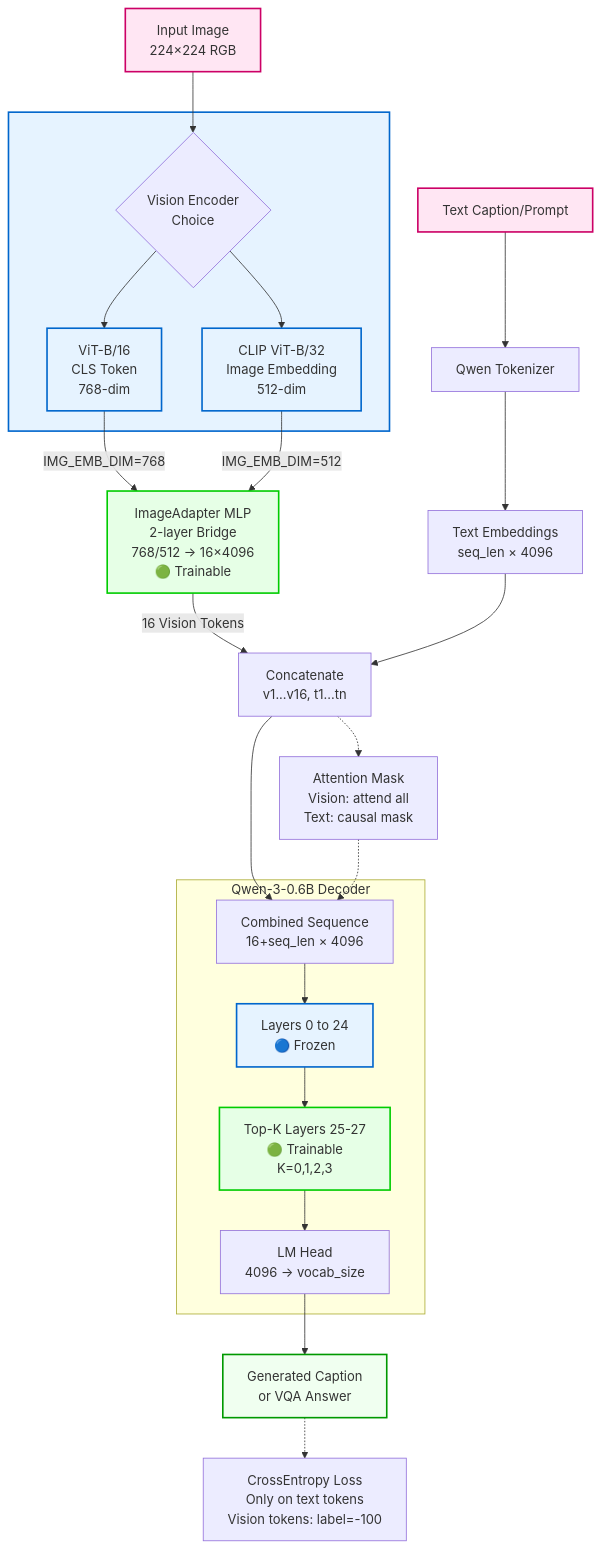
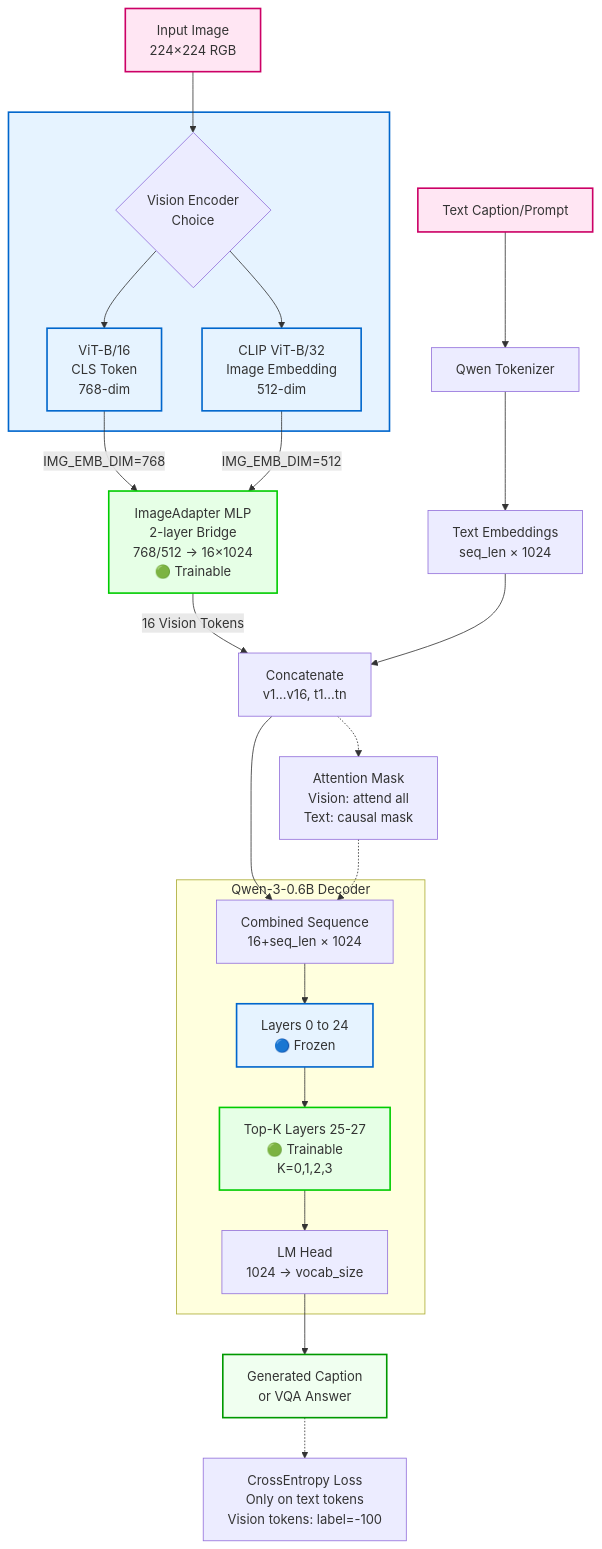
One commit to Clementha/MLX8-W4-Multimodal-TransferLearning changed the fourth of 4 diagrams in .charles/multimodal/README.md. Above: the diagram before and after it, drawn with Mermaid. The commit also changed other lines of this file and 3 other files, not shown here.

````diff
--- a/.charles/multimodal/README.md
+++ b/.charles/multimodal/README.md
@@ -100,58 +100,58 @@
 ```mermaid
 flowchart TD
     %% Input Stage
     IMG[Input Image<br/>224×224 RGB] --> VISION
     
     %% Vision Encoder (Frozen)
     subgraph FROZEN1 [" "]
         VISION{Vision Encoder<br/>Choice}
         VIT[ViT-B/16<br/>CLS Token<br/>768-dim]
         CLIP[CLIP ViT-B/32<br/>Image Embedding<br/>512-dim]
     end
     
     VISION --> VIT
     VISION --> CLIP
     VIT --> |IMG_EMB_DIM=768| ADAPTER
     CLIP --> |IMG_EMB_DIM=512| ADAPTER
     
     %% ImageAdapter (Trainable)
-    ADAPTER[ImageAdapter MLP<br/>2-layer Bridge<br/>768/512 → 16×4096<br/>🟢 Trainable]
+    ADAPTER[ImageAdapter MLP<br/>2-layer Bridge<br/>768/512 → 16×1024<br/>🟢 Trainable]
     
     %% Text Input
     TEXT_IN[Text Caption/Prompt] --> TOKENIZER[Qwen Tokenizer]
-    TOKENIZER --> TEXT_EMB[Text Embeddings<br/>seq_len × 4096]
+    TOKENIZER --> TEXT_EMB[Text Embeddings<br/>seq_len × 1024]
     
     %% Concatenation
     ADAPTER --> |16 Vision Tokens| CONCAT[Concatenate<br/>v1...v16, t1...tn]
     TEXT_EMB --> CONCAT
     
     %% Qwen Decoder
-    CONCAT --> QWEN_INPUT[Combined Sequence<br/>16+seq_len × 4096]
+    CONCAT --> QWEN_INPUT[Combined Sequence<br/>16+seq_len × 1024]
     
     subgraph QWEN [Qwen-3-0.6B Decoder]
         QWEN_INPUT --> FROZEN_LAYERS[Layers 0 to 24<br/>🔵 Frozen]
         FROZEN_LAYERS --> TRAINABLE_LAYERS[Top-K Layers 25-27<br/>🟢 Trainable<br/>K=0,1,2,3]
-        TRAINABLE_LAYERS --> LM_HEAD[LM Head<br/>4096 → vocab_size]
+        TRAINABLE_LAYERS --> LM_HEAD[LM Head<br/>1024 → vocab_size]
     end
     
     %% Output
     LM_HEAD --> OUTPUT[Generated Caption<br/>or VQA Answer]
     
     %% Attention Mask Logic
     CONCAT -.-> MASK[Attention Mask<br/>Vision: attend all<br/>Text: causal mask]
     MASK -.-> QWEN_INPUT
     
     %% Loss Computation
     OUTPUT -.-> LOSS[CrossEntropy Loss<br/>Only on text tokens<br/>Vision tokens: label=-100]
     
     %% Styling
     classDef frozen fill:#e6f3ff,stroke:#0066cc,stroke-width:2px
     classDef trainable fill:#e6ffe6,stroke:#00cc00,stroke-width:2px
     classDef input fill:#ffe6f3,stroke:#cc0066,stroke-width:2px
     classDef output fill:#f0fff0,stroke:#009900,stroke-width:2px
     
     class FROZEN1,VIT,CLIP,FROZEN_LAYERS frozen
     class ADAPTER,TRAINABLE_LAYERS trainable
     class IMG,TEXT_IN input
     class OUTPUT output
 ```
````
